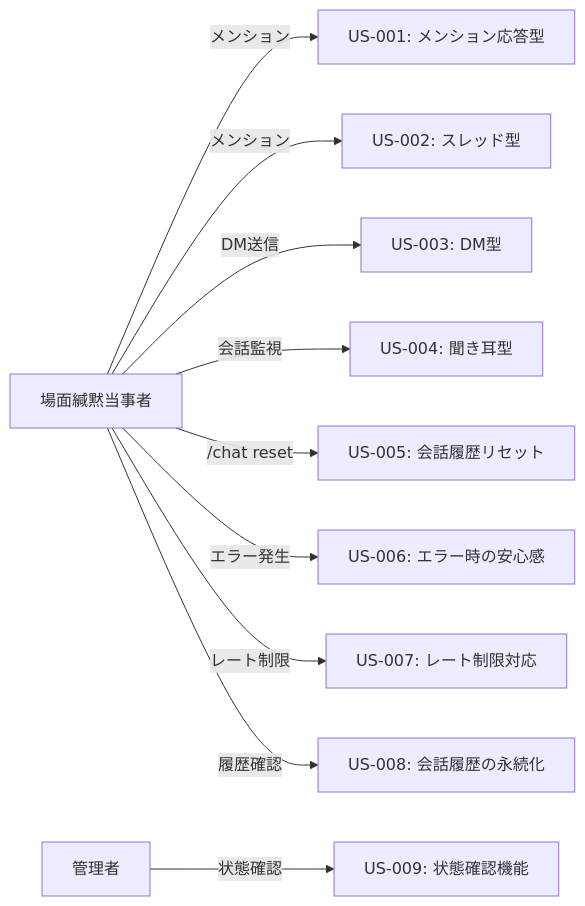
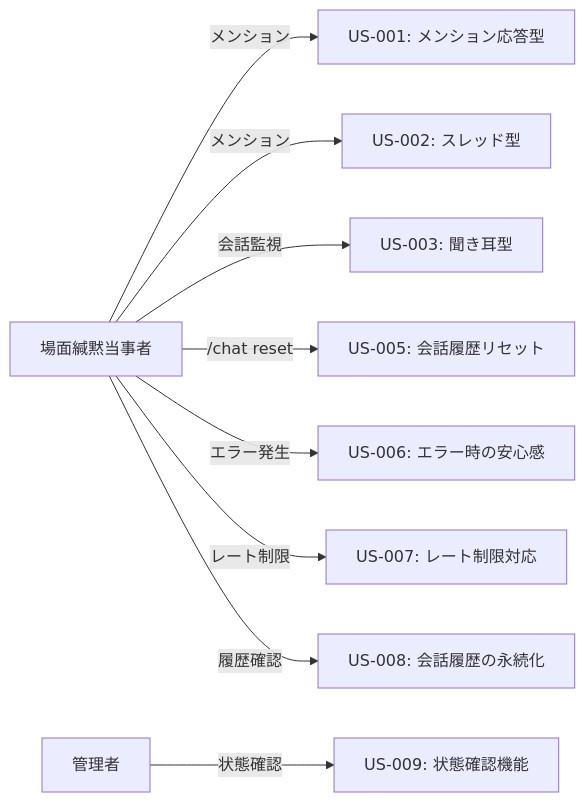
Before and after one commit to fluxrozin/kotonoha-bot: the diagram in docs/requirements/user-stories.md, drawn with Mermaid. The commit also changed other lines of this file and 55 other files, not shown here.

````diff
--- a/docs/requirements/user-stories.md
+++ b/docs/requirements/user-stories.md
@@ -256,13 +234,12 @@
 ```mermaid
 graph LR
     A[場面緘黙当事者] -->|メンション| B[US-001: メンション応答型]
     A -->|メンション| C[US-002: スレッド型]
-    A -->|DM送信| D[US-003: DM型]
-    A -->|会話監視| E[US-004: 聞き耳型]
+    A -->|会話監視| D[US-003: 聞き耳型]
     A -->|/chat reset| F[US-005: 会話履歴リセット]
     A -->|エラー発生| G[US-006: エラー時の安心感]
     A -->|レート制限| H[US-007: レート制限対応]
     A -->|履歴確認| I[US-008: 会話履歴の永続化]
 
     J[管理者] -->|状態確認| K[US-009: 状態確認機能]
 ```
````
